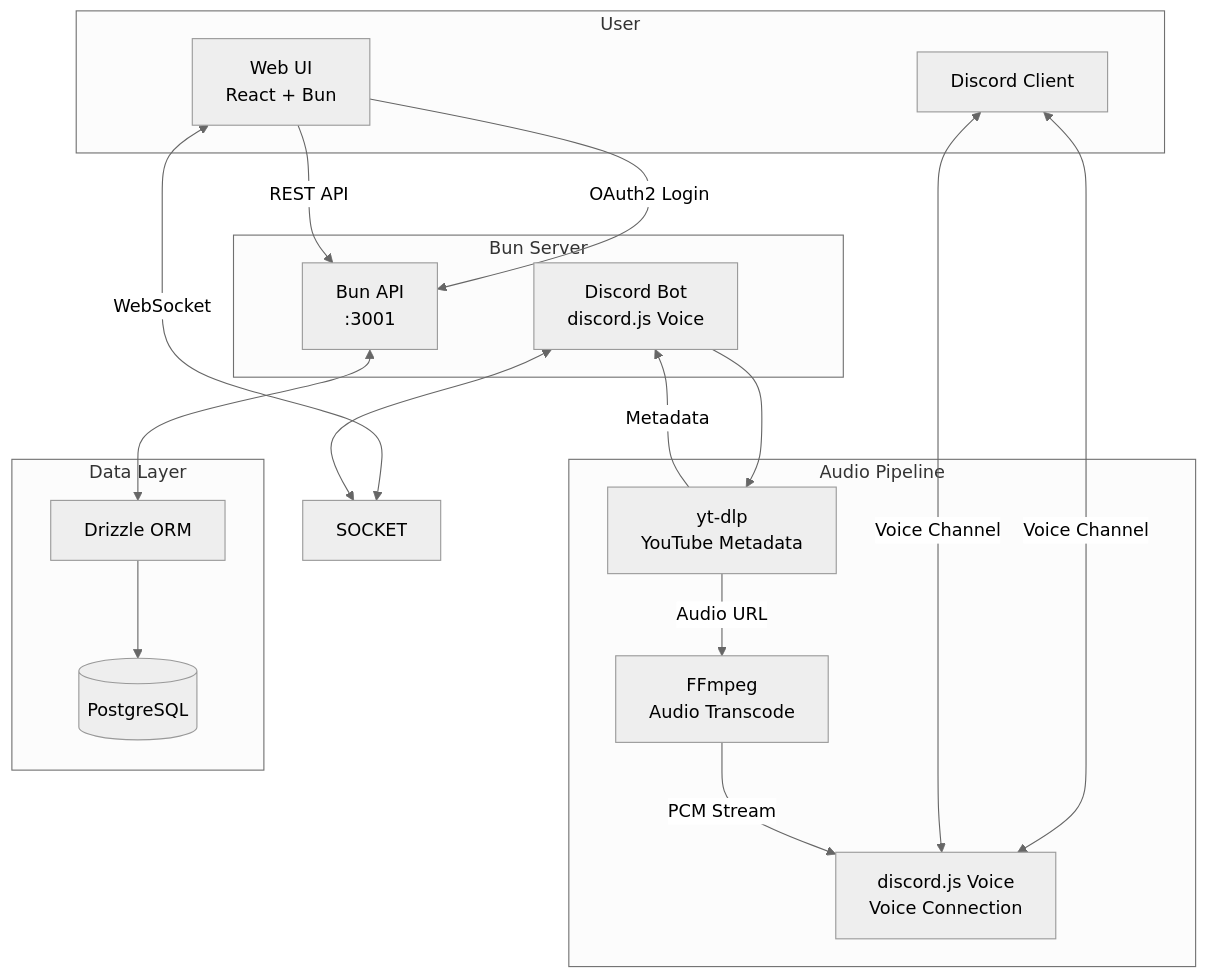
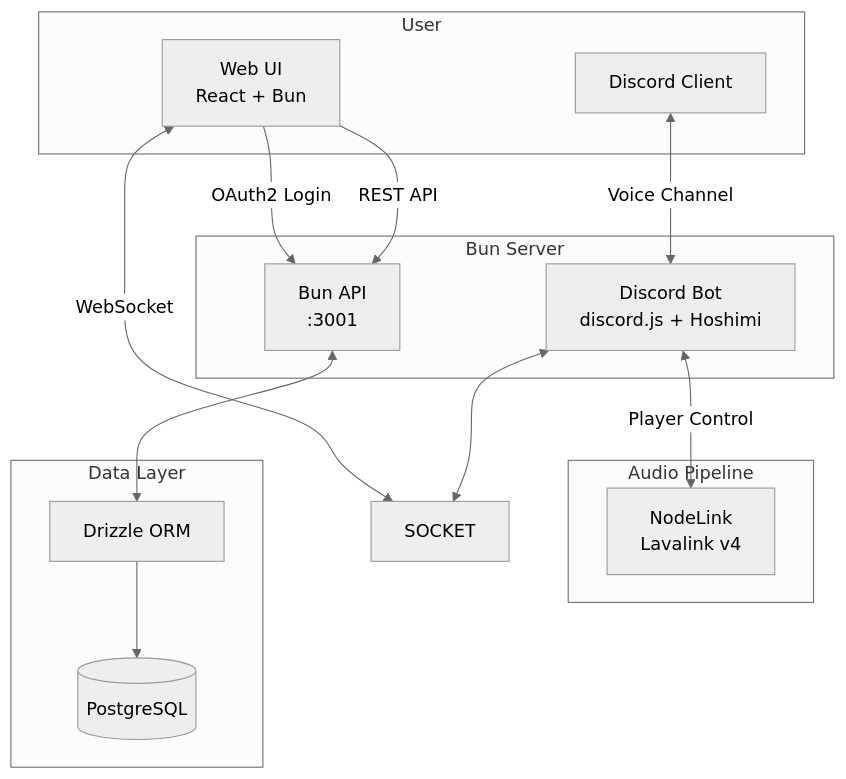
One commit to ebears/alfira-bot changed the diagram in docs/tech-stack.md. Above: the diagram before and after it, drawn with Mermaid (neutral theme). The commit also changed other lines of this file and 15 other files, not shown here.

First line of the commit message:
docs: migrate from yt-dlp to NodeLink audio streaming

````diff
--- a/docs/tech-stack.md
+++ b/docs/tech-stack.md
@@ -18,43 +18,37 @@
 ```mermaid
 flowchart TB
     subgraph User
         WEB[Web UI<br/>React + Bun]
         DISC[Discord Client]
     end
 
     subgraph Server["Bun Server"]
         API[Bun API<br/>:3001]
-        BOT[Discord Bot<br/>discord.js Voice]
+        BOT[Discord Bot<br/>discord.js + Hoshimi]
     end
 
     subgraph Audio["Audio Pipeline"]
-        YTDLP[yt-dlp<br/>YouTube Metadata]
-        FF[FFmpeg<br/>Audio Transcode]
-        VOICE[discord.js Voice<br/>Voice Connection]
+        NL[NodeLink<br/>Lavalink v4]
     end
 
     subgraph Data["Data Layer"]
         DRIZZLE[Drizzle ORM]
         PG[(PostgreSQL)]
     end
 
     %% User interactions
     WEB -->|OAuth2 Login| API
     WEB -->|REST API| API
     WEB <-->|WebSocket| SOCKET
-    DISC <-->|Voice Channel| VOICE
-    DISC <-->|Voice Channel| VOICE
+    DISC <-->|Voice Channel| BOT
 
     %% Server internal
     API <--> DRIZZLE
     BOT <--> SOCKET
 
     %% Audio pipeline
-    YTDLP -->|Metadata| BOT
-    YTDLP -->|Audio URL| FF
-    FF -->|PCM Stream| VOICE
-    BOT --> YTDLP
+    BOT <-->|Player Control| NL
 
     %% Database
     DRIZZLE --> PG
 ```
````
